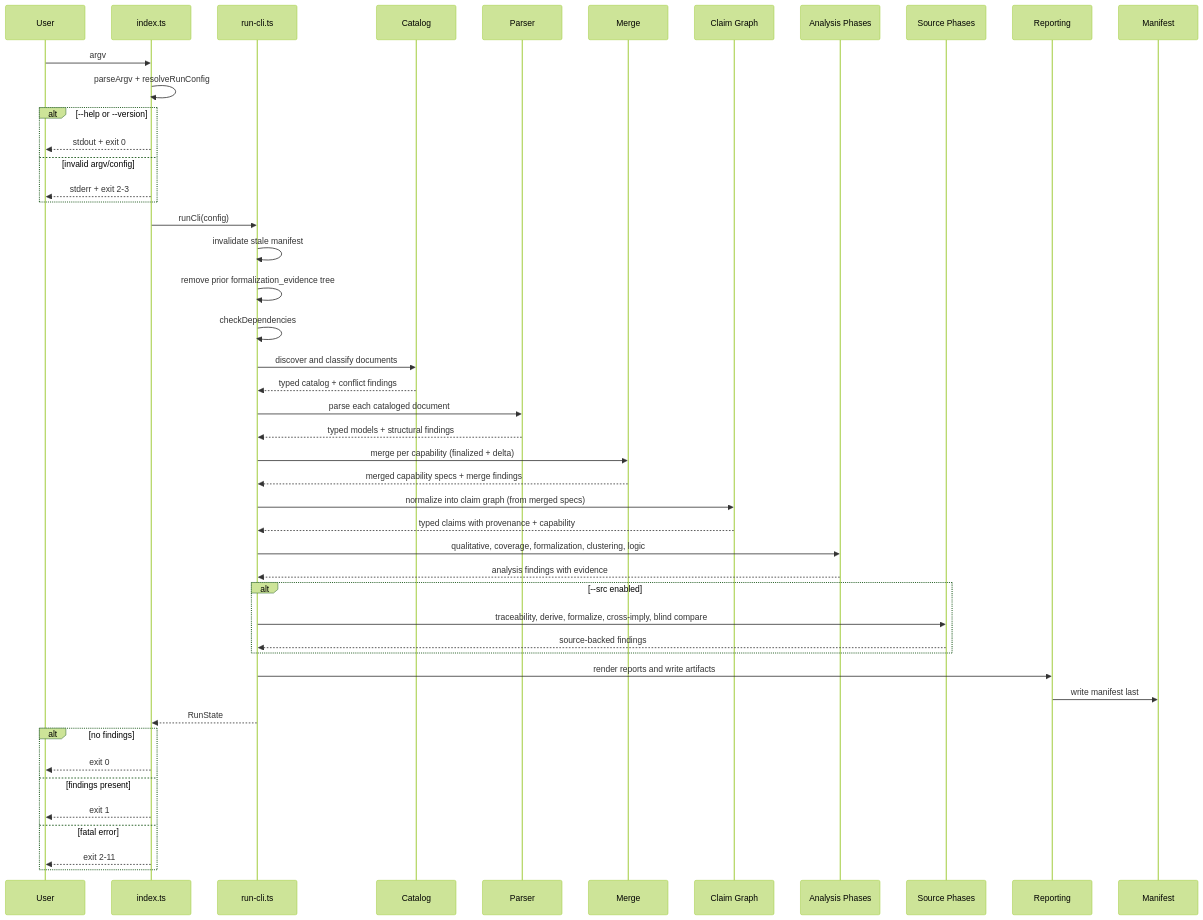
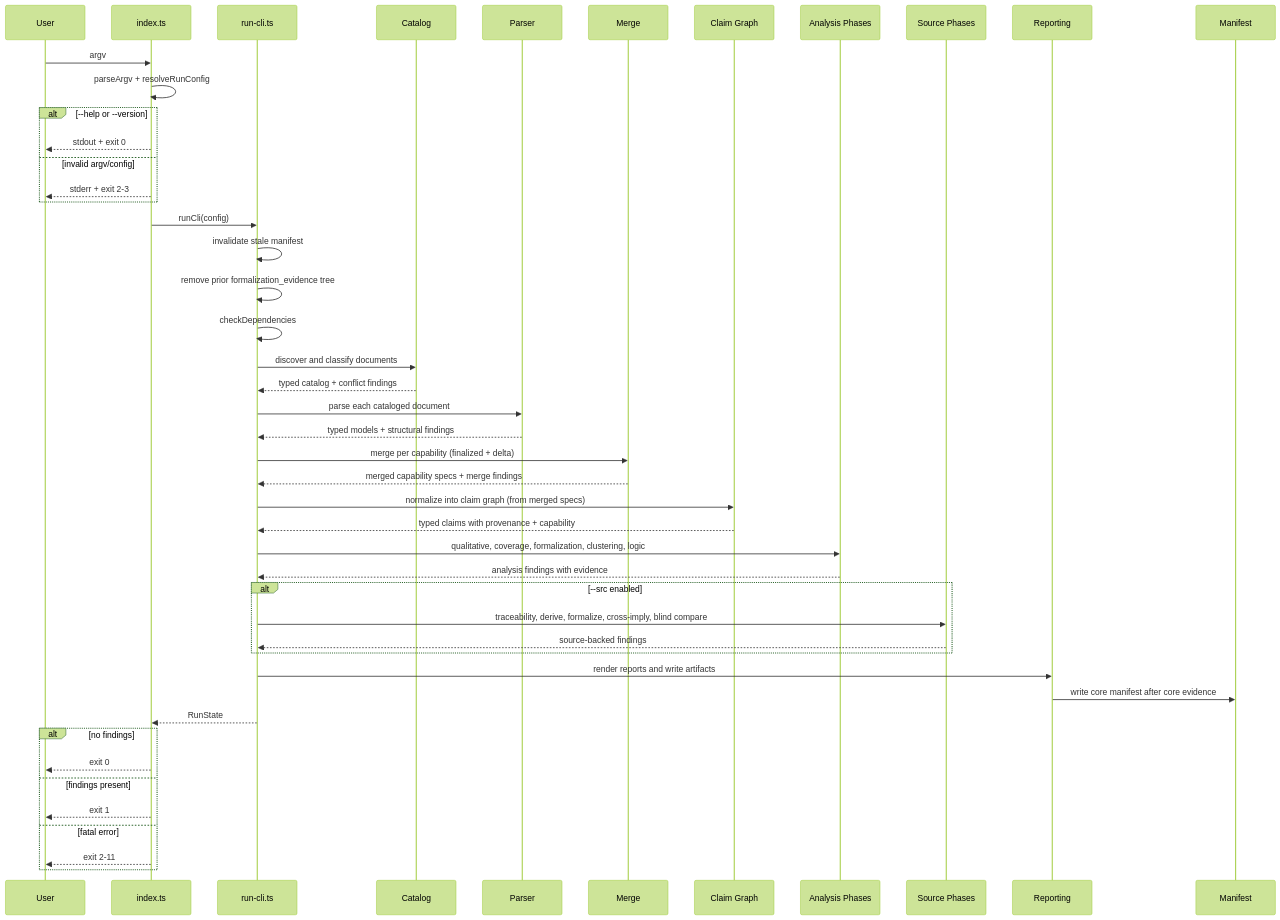
The tenth of 13 diagrams in docs/design.md (ohpauleez/spec-check), drawn with Mermaid (forest theme) before and after one commit. The commit also changed other lines of this file and 28 other files, not shown here.

````diff
--- a/docs/design.md
+++ b/docs/design.md
@@ -958,50 +960,50 @@
 ```mermaid
 sequenceDiagram
     participant U as User
     participant I as index.ts
     participant C as run-cli.ts
     participant Cat as Catalog
     participant P as Parser
     participant MG as Merge
     participant CG as Claim Graph
     participant A as Analysis Phases
     participant S as Source Phases
     participant R as Reporting
     participant M as Manifest
 
     U->>I: argv
     I->>I: parseArgv + resolveRunConfig
     alt --help or --version
         I-->>U: stdout + exit 0
     else invalid argv/config
         I-->>U: stderr + exit 2-3
     end
     I->>C: runCli(config)
     C->>C: invalidate stale manifest
     C->>C: remove prior formalization_evidence tree
     C->>C: checkDependencies
     C->>Cat: discover and classify documents
     Cat-->>C: typed catalog + conflict findings
     C->>P: parse each cataloged document
     P-->>C: typed models + structural findings
     C->>MG: merge per capability (finalized + delta)
     MG-->>C: merged capability specs + merge findings
     C->>CG: normalize into claim graph (from merged specs)
     CG-->>C: typed claims with provenance + capability
     C->>A: qualitative, coverage, formalization, clustering, logic
     A-->>C: analysis findings with evidence
     alt --src enabled
         C->>S: traceability, derive, formalize, cross-imply, blind compare
         S-->>C: source-backed findings
     end
     C->>R: render reports and write artifacts
-    R->>M: write manifest last
+    R->>M: write core manifest after core evidence
     C-->>I: RunState
     alt no findings
         I-->>U: exit 0
     else findings present
         I-->>U: exit 1
     else fatal error
         I-->>U: exit 2-11
     end
 ```
````
